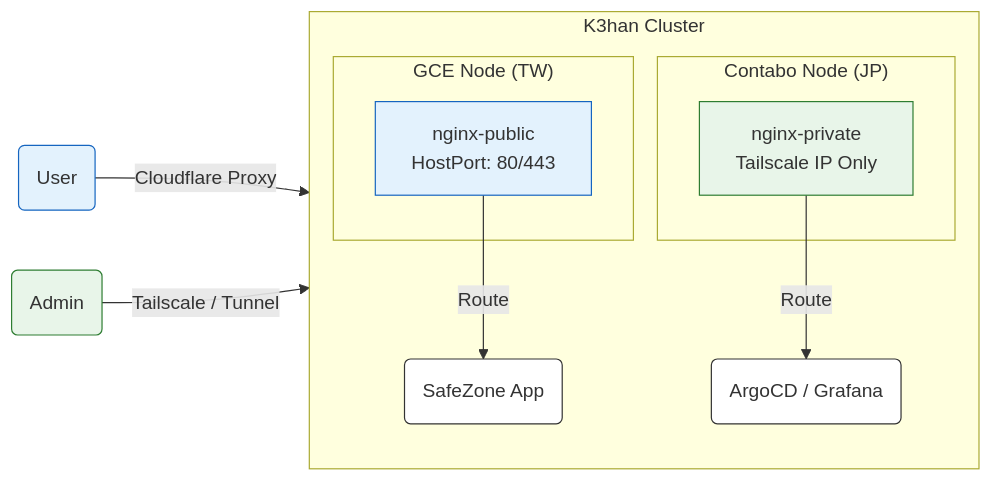
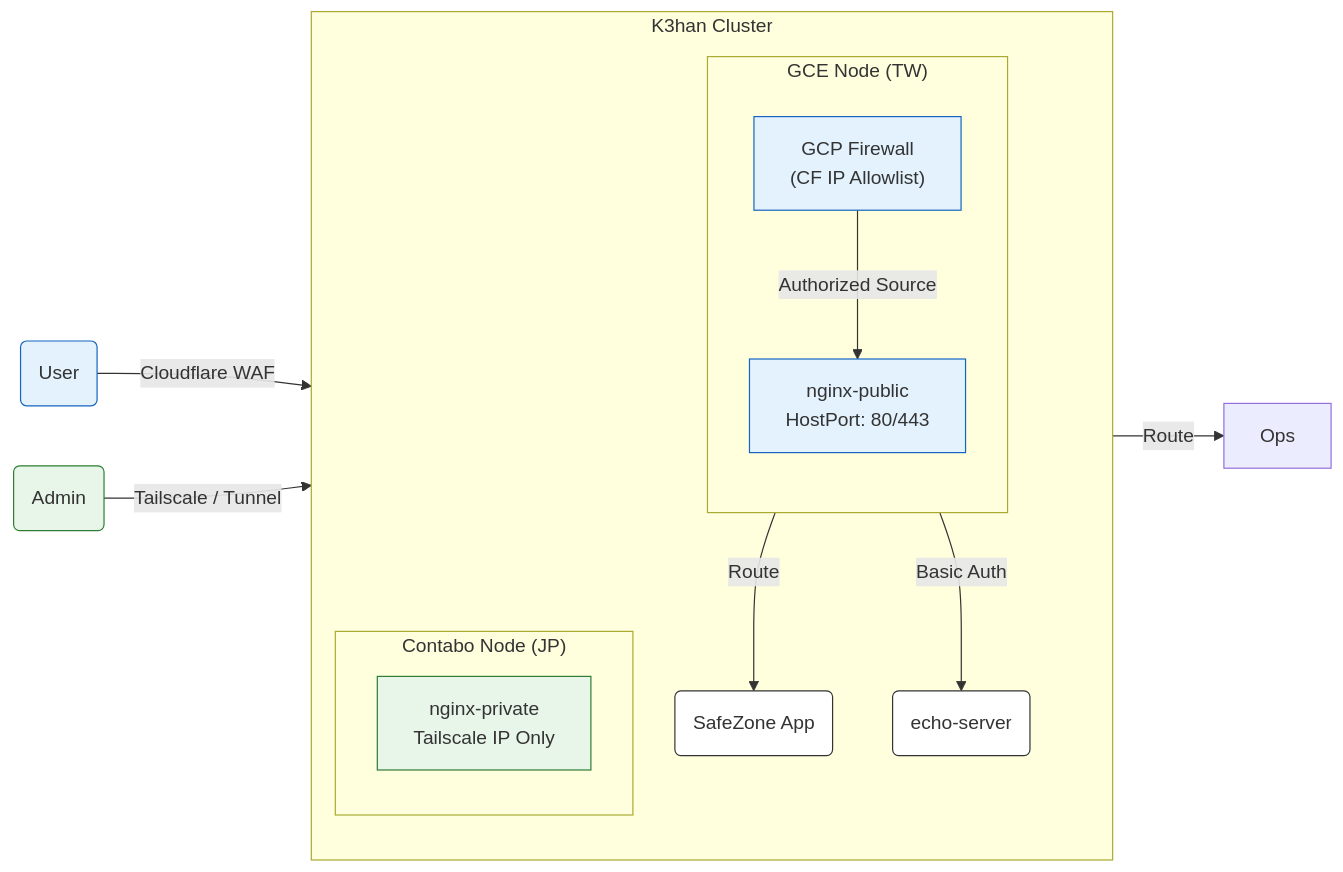
The diagram in docs/safechord.chorde.k3han.ingress.md (SafeChord/Docs), drawn with Mermaid before and after one commit. The commit also changed other lines of this file and 1 other file, not shown here.

First line of the commit message:
docs(chorde): update ingress strategy and security architecture

````diff
--- a/docs/safechord.chorde.k3han.ingress.md
+++ b/docs/safechord.chorde.k3han.ingress.md
@@ -48,31 +51,35 @@
 ```mermaid
 graph LR
     %% 樣式
     classDef public fill:#e3f2fd,stroke:#1565c0;
     classDef private fill:#e8f5e9,stroke:#2e7d32;
     classDef k8s fill:#fff,stroke:#333;
 
     User(User):::public
     Admin(Admin):::private
     
     subgraph K3han [K3han Cluster]
         direction TB
         
         subgraph Agent ["GCE Node (TW)"]
+            direction TB
+            GCP_FW["GCP Firewall<br/>(CF IP Allowlist)"]:::public
             PubIng["nginx-public<br/>HostPort: 80/443"]:::public
         end
 
         subgraph Master ["Contabo Node (JP)"]
             PrivIng["nginx-private<br/>Tailscale IP Only"]:::private
         end
         
         App(SafeZone App):::k8s
-        Ops(ArgoCD / Grafana):::k8s
+        Test(echo-server):::k8s
     end
 
-    User -->|"Cloudflare Proxy"| PubIng
+    User -->|"Cloudflare WAF"| GCP_FW
+    GCP_FW -->|"Authorized Source"| PubIng
     PubIng -->|"Route"| App
+    PubIng -->|"Basic Auth"| Test
     
     Admin -->|"Tailscale / Tunnel"| PrivIng
     PrivIng -->|"Route"| Ops
 ```
````
